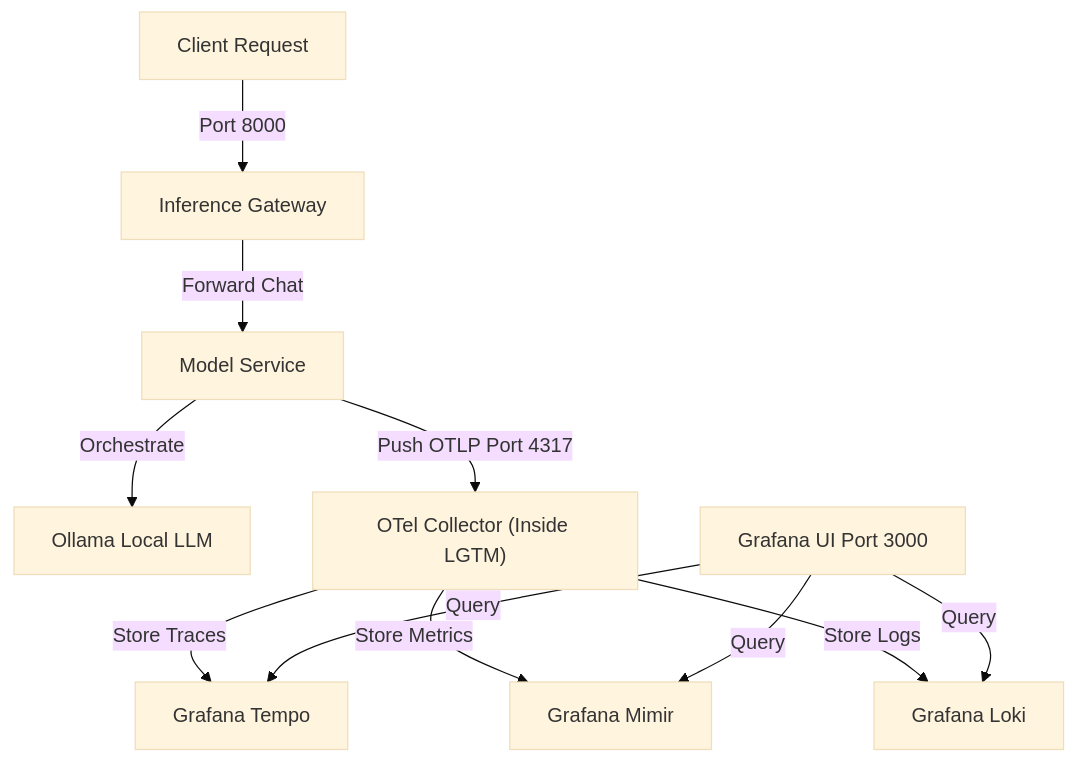
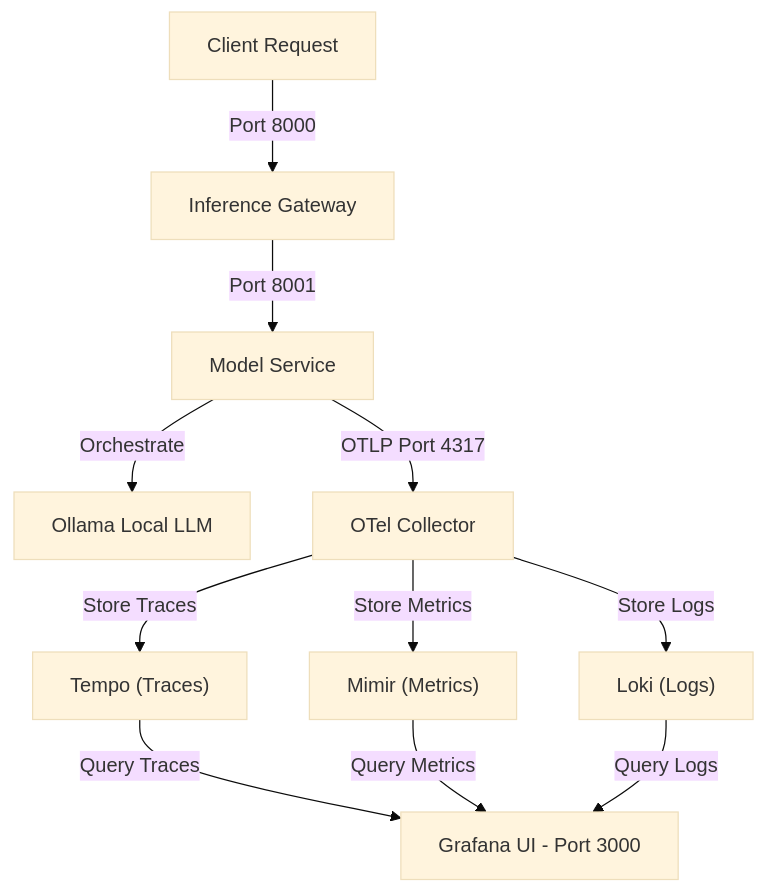
The diagram in README.md (ok-karthik/observable-inference-gateway), drawn with Mermaid (base theme) before and after one commit.

Commit message:
docs: update architecture diagram with corrected ports and refined data flow labels

````diff
--- a/README.md
+++ b/README.md
@@ -29,13 +29,16 @@
 ```mermaid
 graph TD
     Client["Client Request"] -->|Port 8000| Gateway["Inference Gateway"]
-    Gateway -->|Forward Chat| ModelService["Model Service"]
+    Gateway -->|Port 8001| ModelService["Model Service"]
     ModelService -->|Orchestrate| Ollama["Ollama Local LLM"]
-    ModelService -->|Push OTLP Port 4317| OTelCollector["OTel Collector (Inside LGTM)"]
-    OTelCollector -->|Store Traces| Tempo["Grafana Tempo"]
-    OTelCollector -->|Store Metrics| Mimir["Grafana Mimir"]
-    OTelCollector -->|Store Logs| Loki["Grafana Loki"]
-    Grafana["Grafana UI Port 3000"] -->|Query| Tempo
-    Grafana -->|Query| Mimir
-    Grafana -->|Query| Loki
+    
+    ModelService -->|OTLP Port 4317| OTelCollector["OTel Collector"]
+    
+    OTelCollector -->|Store Traces| Tempo["Tempo (Traces)"]
+    OTelCollector -->|Store Metrics| Mimir["Mimir (Metrics)"]
+    OTelCollector -->|Store Logs| Loki["Loki (Logs)"]
+    
+    Tempo -->|Query Traces| Grafana["Grafana UI - Port 3000"]
+    Mimir -->|Query Metrics| Grafana
+    Loki -->|Query Logs| Grafana
 ```
````
